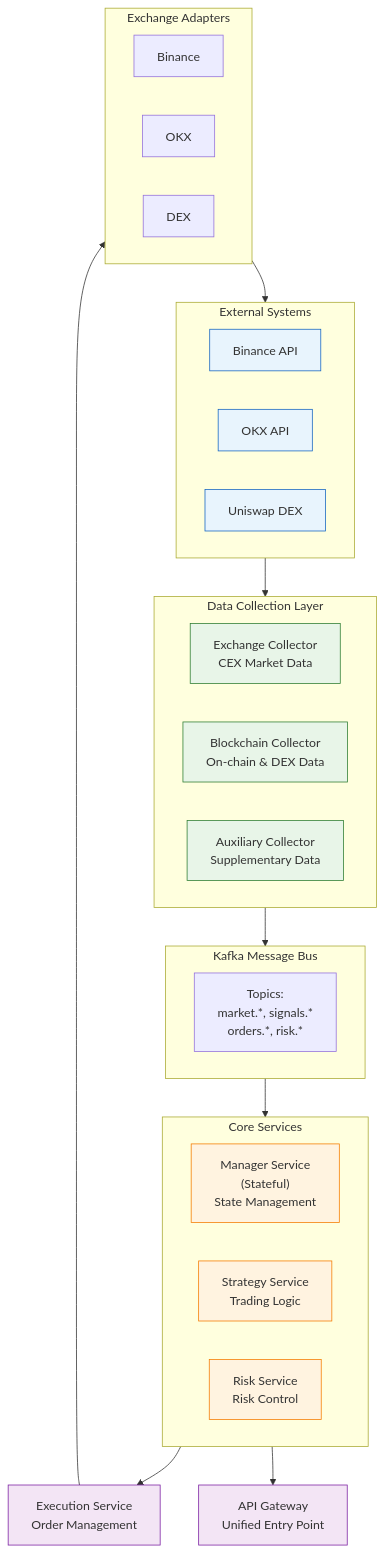
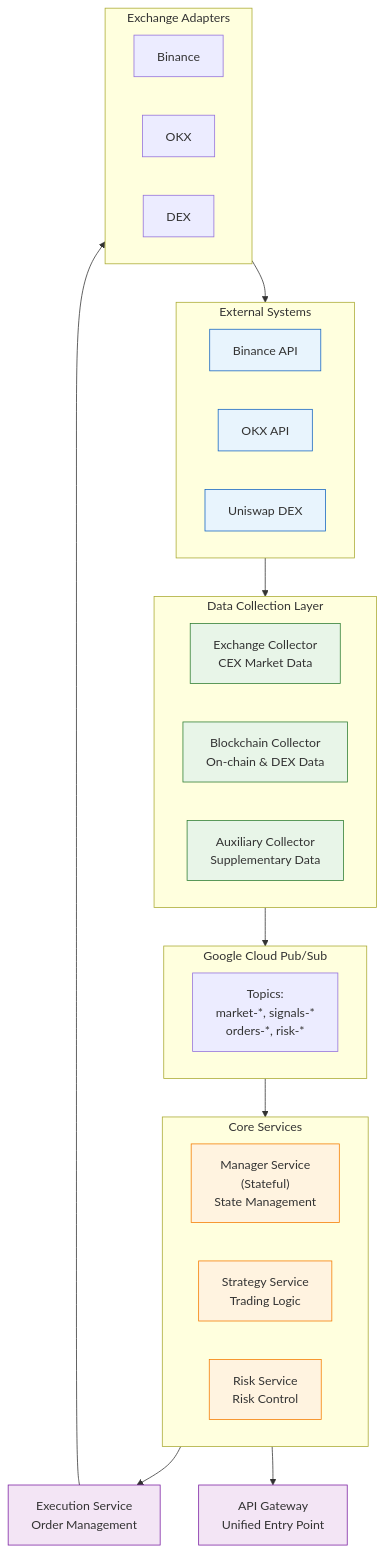
Before and after one commit to Meteo-X/pixiu: the first of 2 diagrams in README.md, drawn with Mermaid. The commit also changed other lines of this file and 16 other files, not shown here.

First line of the commit message:
docs: Update architecture from Kafka to Google Cloud Pub/Sub

````diff
--- a/README.md
+++ b/README.md
@@ -11,59 +11,59 @@
 ```mermaid
 graph TB
     %% External Systems
     subgraph External["External Systems"]
         Binance["Binance API"]
         OKX["OKX API"]
         Uniswap["Uniswap DEX"]
     end
 
     %% Data Collection Layer
     subgraph DataCollection["Data Collection Layer"]
         ExchangeCollector["Exchange Collector<br/>CEX Market Data"]
         BlockchainCollector["Blockchain Collector<br/>On-chain & DEX Data"]
         AuxiliaryCollector["Auxiliary Collector<br/>Supplementary Data"]
     end
 
     %% Message Bus
-    subgraph MessageBus["Kafka Message Bus"]
-        Topics["Topics:<br/>market.*, signals.*<br/>orders.*, risk.*"]
+    subgraph MessageBus["Google Cloud Pub/Sub"]
+        Topics["Topics:<br/>market-*, signals-*<br/>orders-*, risk-*"]
     end
 
     %% Core Services
     subgraph CoreServices["Core Services"]
         Manager["Manager Service<br/>(Stateful)<br/>State Management"]
         Strategy["Strategy Service<br/>Trading Logic"]
         Risk["Risk Service<br/>Risk Control"]
     end
 
     %% Infrastructure
     Execution["Execution Service<br/>Order Management"]
     APIGateway["API Gateway<br/>Unified Entry Point"]
 
     %% Exchange Adapters
     subgraph Adapters["Exchange Adapters"]
         BinanceAdapter["Binance"]
         OKXAdapter["OKX"]
         DEXAdapter["DEX"]
     end
 
     %% Connections
     External --> DataCollection
     DataCollection --> MessageBus
     MessageBus --> CoreServices
     CoreServices --> Execution
     CoreServices --> APIGateway
     Execution --> Adapters
     Adapters --> External
 
     %% Styling
     classDef external fill:#e8f4fd,stroke:#1565c0
     classDef dataCollection fill:#e8f5e8,stroke:#2e7d32
     classDef coreService fill:#fff3e0,stroke:#f57c00
     classDef infrastructure fill:#f3e5f5,stroke:#7b1fa2
 
     class Binance,OKX,Uniswap external
     class ExchangeCollector,BlockchainCollector,AuxiliaryCollector dataCollection
     class Manager,Strategy,Risk coreService
     class Execution,APIGateway infrastructure
 ```
````
